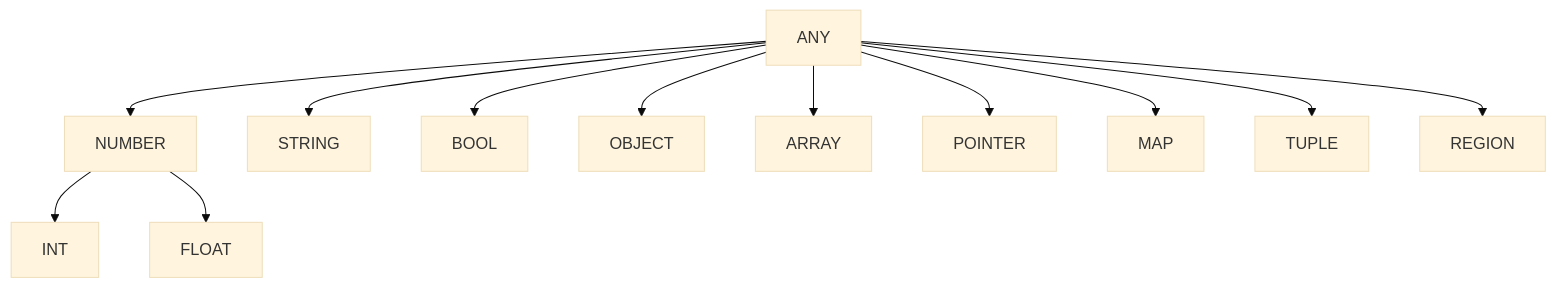
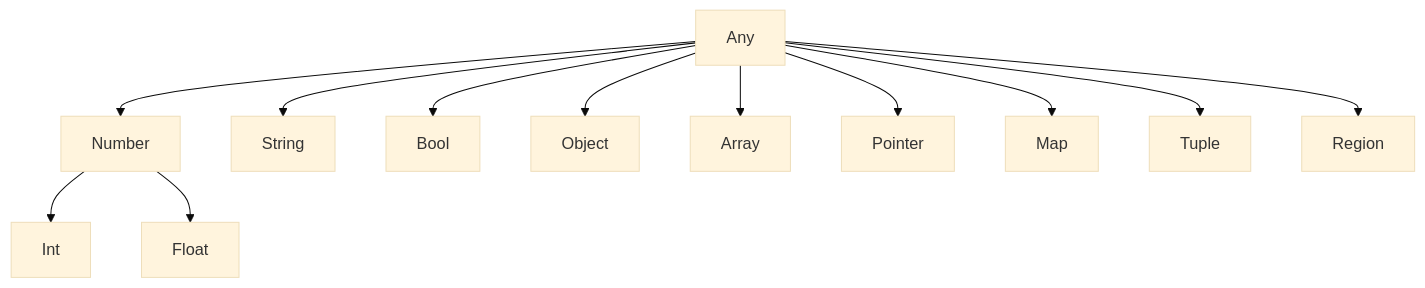
One commit to avishek-sen-gupta/red-dragon changed the second of 10 diagrams in docs/type-system.md. Above: the diagram before and after it, drawn with Mermaid (base theme). The commit also changed other lines of this file, not shown here.

````diff
--- a/docs/type-system.md
+++ b/docs/type-system.md
@@ -115,27 +204,27 @@
 ```mermaid
 graph TD
-    ANY["ANY"]
-    NUMBER["NUMBER"]
-    INT["INT"]
-    FLOAT["FLOAT"]
-    STRING["STRING"]
-    BOOL["BOOL"]
-    OBJECT["OBJECT"]
-    ARRAY["ARRAY"]
-    POINTER["POINTER"]
-    MAP["MAP"]
-    TUPLE["TUPLE"]
-    REGION["REGION"]
+    ANY["Any"]
+    NUMBER["Number"]
+    INT["Int"]
+    FLOAT["Float"]
+    STRING["String"]
+    BOOL["Bool"]
+    OBJECT["Object"]
+    ARRAY["Array"]
+    POINTER["Pointer"]
+    MAP["Map"]
+    TUPLE["Tuple"]
+    REGION["Region"]
 
     ANY --> NUMBER
     ANY --> STRING
     ANY --> BOOL
     ANY --> OBJECT
     ANY --> ARRAY
     ANY --> POINTER
     ANY --> MAP
     ANY --> TUPLE
     ANY --> REGION
     NUMBER --> INT
     NUMBER --> FLOAT
 ```
````
